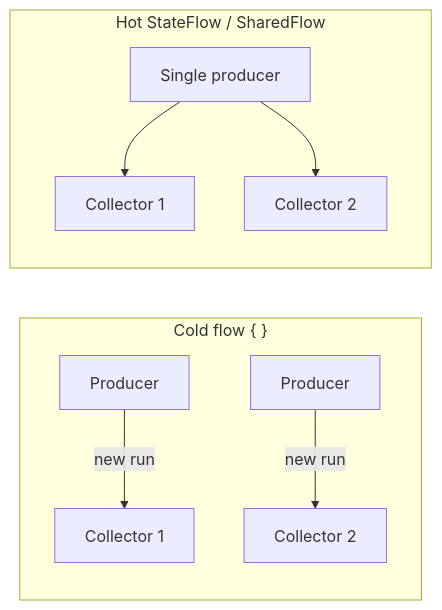
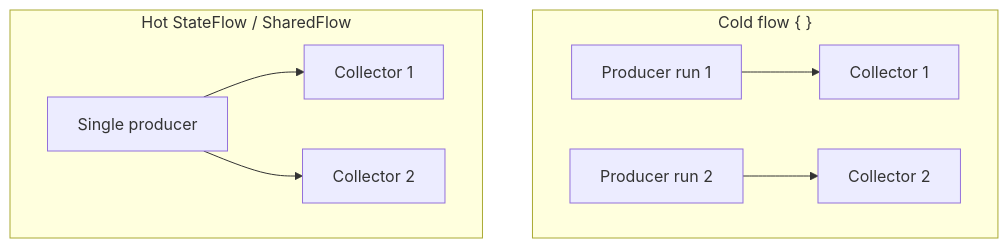
The first of 6 diagrams in topics/04-flow.md (AkshayAshokCode/Android-Interview-Questions-cheat-sheet), drawn with Mermaid before and after one commit. The commit also changed other lines of this file and 21 other files, not shown here.

````diff
--- a/topics/04-flow.md
+++ b/topics/04-flow.md
@@ -32,11 +68,11 @@
 ```mermaid
-flowchart LR
+flowchart TD
     subgraph Cold["Cold flow { }"]
-        P1["Producer"] -->|"new run"| C1["Collector 1"]
-        P2["Producer"] -->|"new run"| C2["Collector 2"]
+        P1["Producer run 1"] --> C1["Collector 1"]
+        P2["Producer run 2"] --> C2["Collector 2"]
     end
     subgraph Hot["Hot StateFlow / SharedFlow"]
         P3["Single producer"] --> C3["Collector 1"]
         P3 --> C4["Collector 2"]
     end
 ```
````
